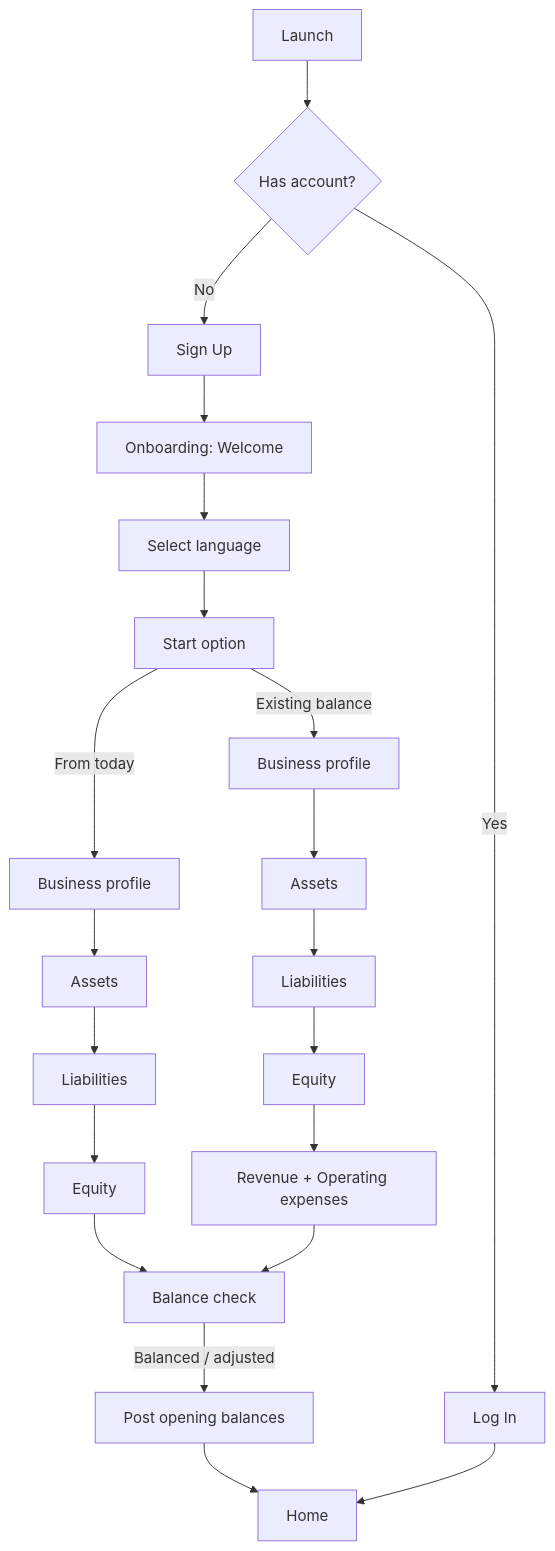
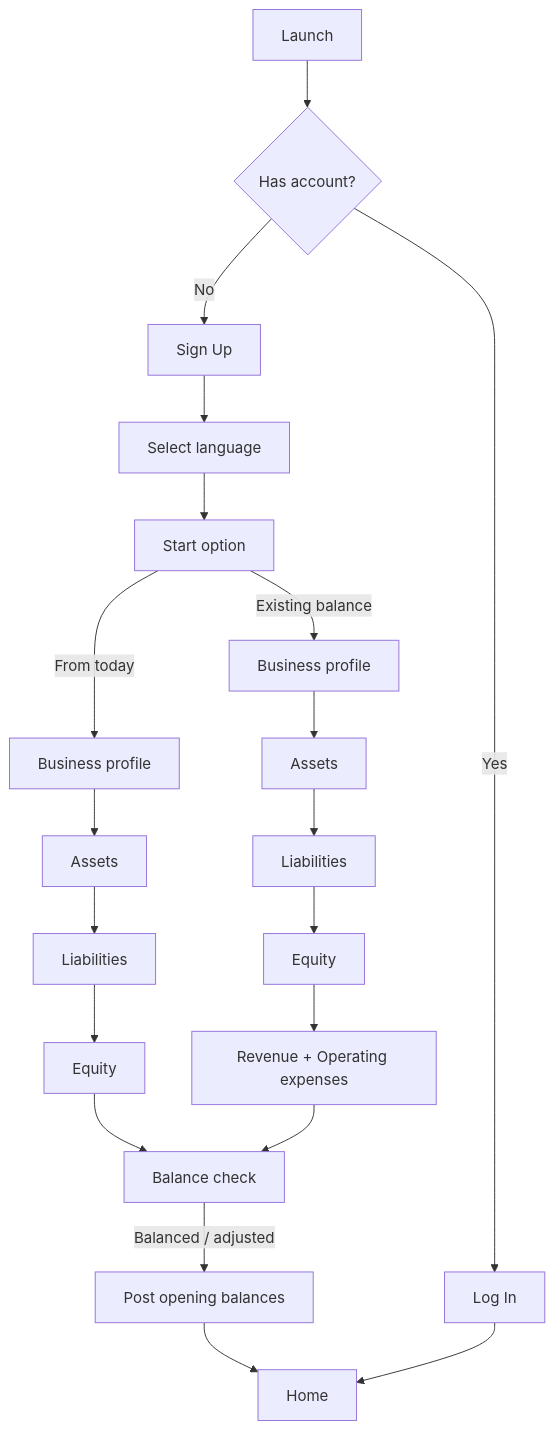
The first of 7 diagrams in FINEXT_APP_MODULES_AND_FLOWS.md (soklinkim/Finext_mobile_app), drawn with Mermaid before and after one commit. The commit also changed other lines of this file and 246 other files, not shown here.

````diff
--- a/FINEXT_APP_MODULES_AND_FLOWS.md
+++ b/FINEXT_APP_MODULES_AND_FLOWS.md
@@ -208,11 +207,11 @@
 ```mermaid
 flowchart TD
   A[Launch] --> B{Has account?}
-  B -- No --> C[Sign Up] --> D[Onboarding: Welcome]
+  B -- No --> C[Sign Up] --> D[Select language]
   B -- Yes --> L[Log In]
-  D --> E[Select language] --> F[Start option]
+  D --> F[Start option]
   F -- From today --> G[Business profile] --> H[Assets] --> I[Liabilities] --> J[Equity] --> K[Balance check]
   F -- Existing balance --> G2[Business profile] --> H2[Assets] --> I2[Liabilities] --> J2[Equity] --> R[Revenue + Operating expenses] --> K
   K -- Balanced / adjusted --> M[Post opening balances] --> N[Home]
   L --> N
 ```
````
